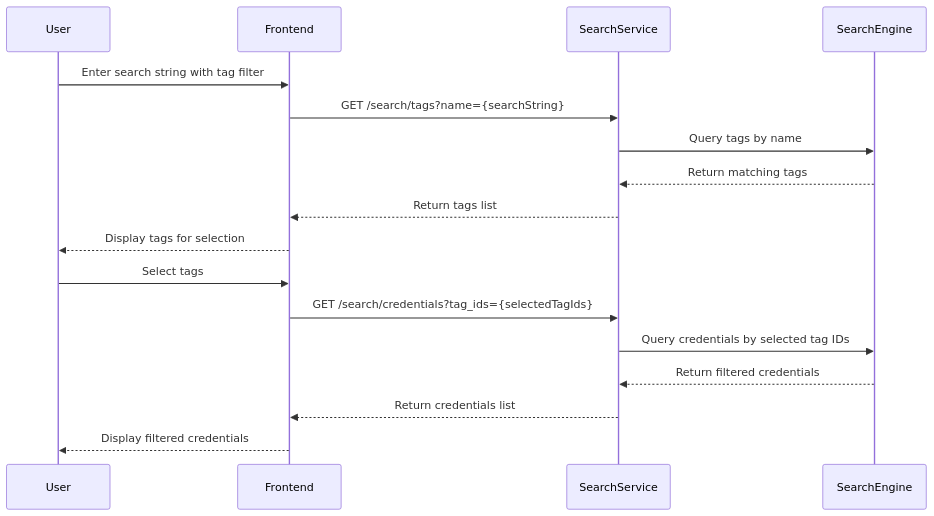
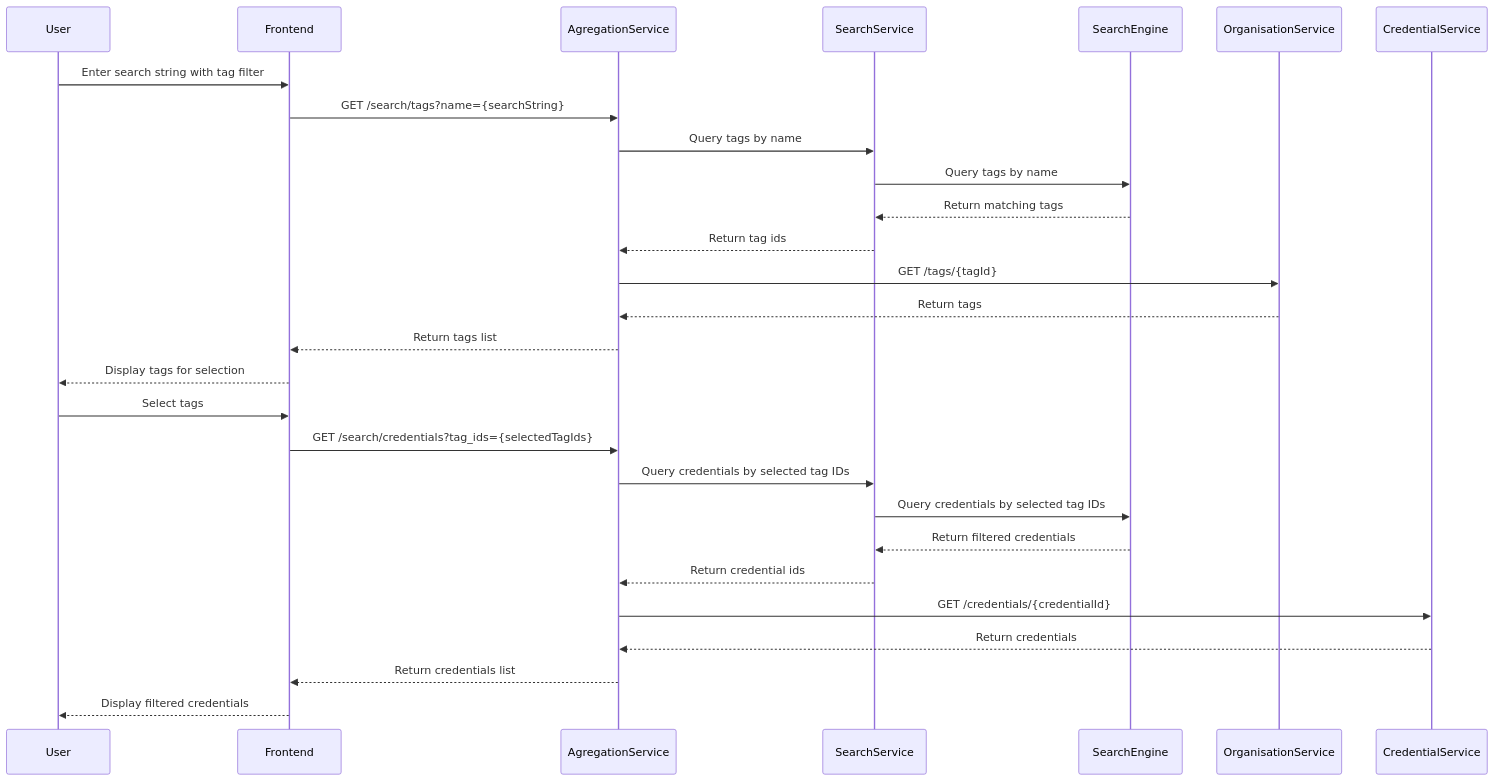
One commit to DO-2K23-26/polypass-archi-technique changed the fifth of 5 diagrams in src/drafts/search.adoc. Above: the diagram before and after it, drawn with Mermaid. The commit also changed other lines of this file, not shown here.

Commit message:
feat: add search api docs

```diff
--- a/src/drafts/search.adoc
+++ b/src/drafts/search.adoc
@@ -327,21 +353,32 @@
 [mermaid]
 ----
 sequenceDiagram
     participant User
     participant Frontend
+    participant AgregationService
     participant SearchService
     participant SearchEngine
+    participant OrganisationService
+    participant CredentialService
 
     User->>Frontend: Enter search string with tag filter
-    Frontend->>SearchService: GET /search/tags?name={searchString}
+    Frontend->>AgregationService: GET /search/tags?name={searchString}
+    AgregationService->>SearchService: Query tags by name
     SearchService->>SearchEngine: Query tags by name
     SearchEngine-->>SearchService: Return matching tags
-    SearchService-->>Frontend: Return tags list
+    SearchService-->>AgregationService: Return tag ids
+    AgregationService->>OrganisationService: GET /tags/{tagId}
+    OrganisationService-->>AgregationService: Return tags
+    AgregationService-->>Frontend: Return tags list
     Frontend-->>User: Display tags for selection
     User->>Frontend: Select tags
-    Frontend->>SearchService: GET /search/credentials?tag_ids={selectedTagIds}
+    Frontend->>AgregationService: GET /search/credentials?tag_ids={selectedTagIds}
+    AgregationService->>SearchService: Query credentials by selected tag IDs
     SearchService->>SearchEngine: Query credentials by selected tag IDs
     SearchEngine-->>SearchService: Return filtered credentials
-    SearchService-->>Frontend: Return credentials list
+    SearchService-->>AgregationService: Return credential ids
+    AgregationService->>CredentialService: GET /credentials/{credentialId}
+    CredentialService-->>AgregationService: Return credentials
+    AgregationService-->>Frontend: Return credentials list
     Frontend-->>User: Display filtered credentials
 ----
```
